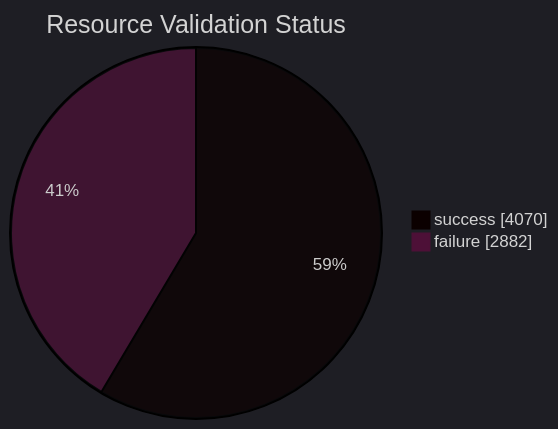
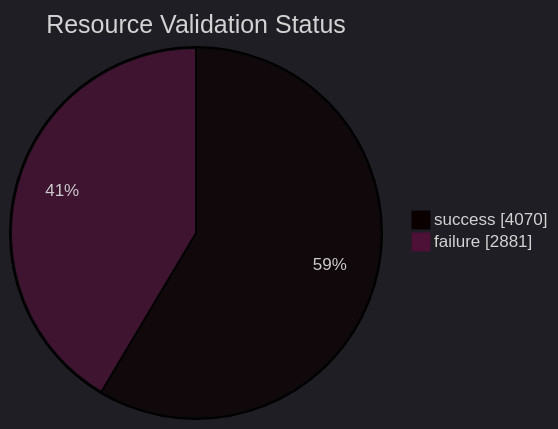
Before and after one commit to open-data/analytics-corporate-reporting: the diagram in datastore_tracker/resource_validation_status_pie_chart.md, drawn with Mermaid. The commit also changed 11 other files, not shown here.

````diff
--- a/datastore_tracker/resource_validation_status_pie_chart.md
+++ b/datastore_tracker/resource_validation_status_pie_chart.md
@@ -2,9 +2,9 @@
 ```mermaid
 ---
 config:
   theme: dark
 ---
 pie showData title Resource Validation Status
     "success": 4070
-    "failure": 2882
+    "failure": 2881
 ```
````
